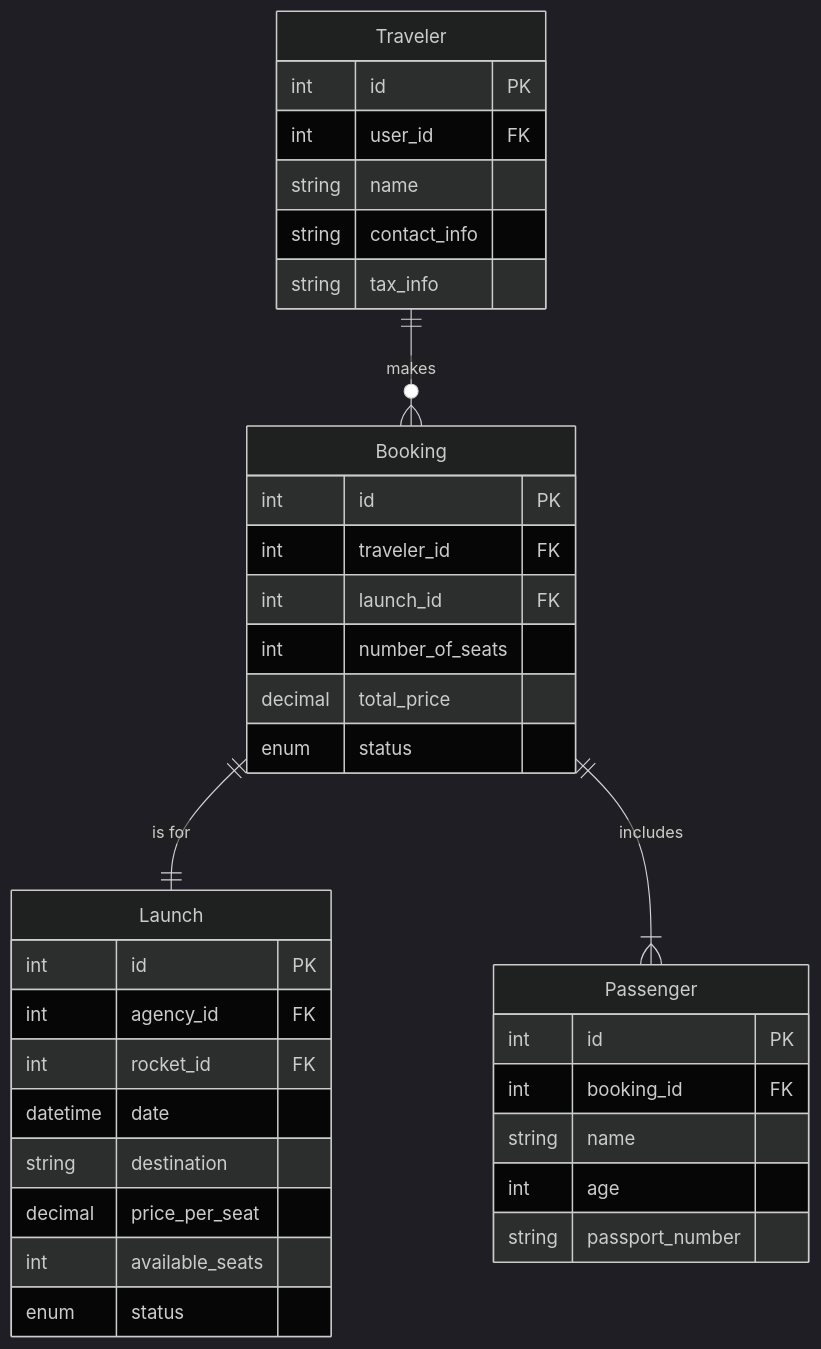
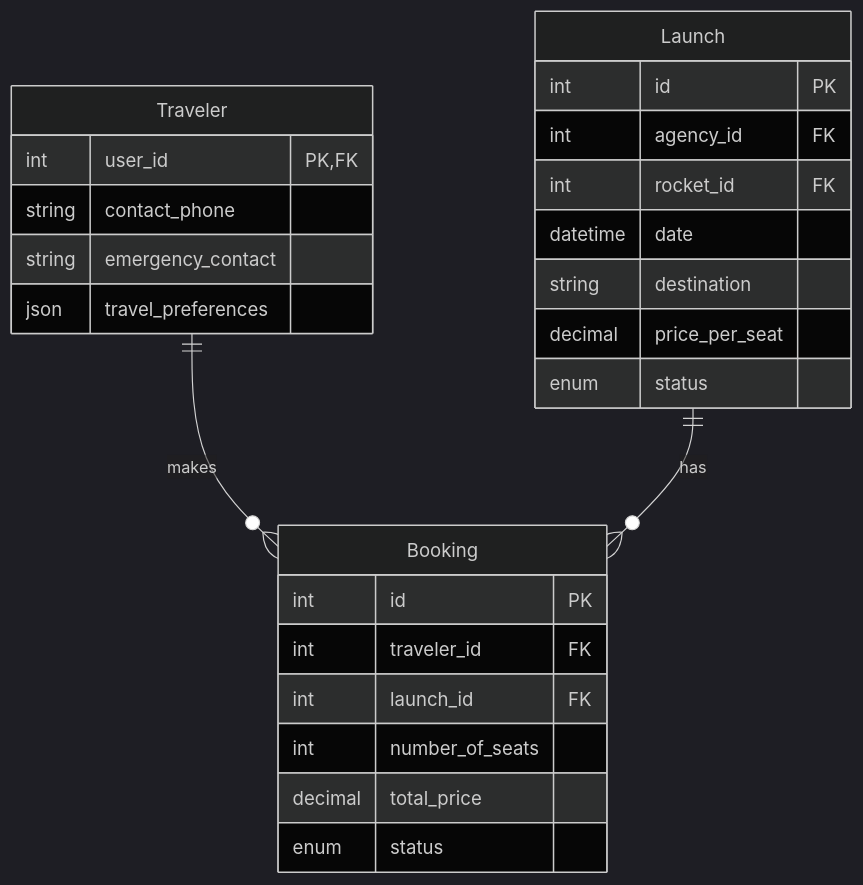
One commit to AstroBookings/.github changed the second of 2 diagrams in profile/1-analysis/5_2-astrobookings-booking-management-domain.md. Above: the diagram before and after it, drawn with Mermaid (dark theme). The commit also changed other lines of this file and 6 other files, not shown here.

````diff
--- a/profile/1-analysis/5_2-astrobookings-booking-management-domain.md
+++ b/profile/1-analysis/5_2-astrobookings-booking-management-domain.md
@@ -141,42 +117,31 @@
 ```mermaid
 erDiagram
     Traveler {
+        int user_id PK,FK
+        string contact_phone
+        string emergency_contact
+        json travel_preferences
+    }
+
+    Launch {
         int id PK
-        int user_id FK
-        string name
-        string contact_info
-        string tax_info
+        int agency_id FK
+        int rocket_id FK
+        datetime date
+        string destination
+        decimal price_per_seat
+        enum status
     }
-    
+
     Booking {
         int id PK
         int traveler_id FK
         int launch_id FK
         int number_of_seats
         decimal total_price
         enum status
     }
-    
-    Launch {
-        int id PK
-        int agency_id FK
-        int rocket_id FK
-        datetime date
-        string destination
-        decimal price_per_seat
-        int available_seats
-        enum status
-    }
-    
-    Passenger {
-        int id PK
-        int booking_id FK
-        string name
-        int age
-        string passport_number
-    }
-    
-    Traveler ||--o{ Booking : "makes"
-    Booking ||--|| Launch : "is for"
-    Booking ||--|{ Passenger : "includes"
+
+    Traveler ||--o{ Booking : makes
+    Launch ||--o{ Booking : has
 ```
````
